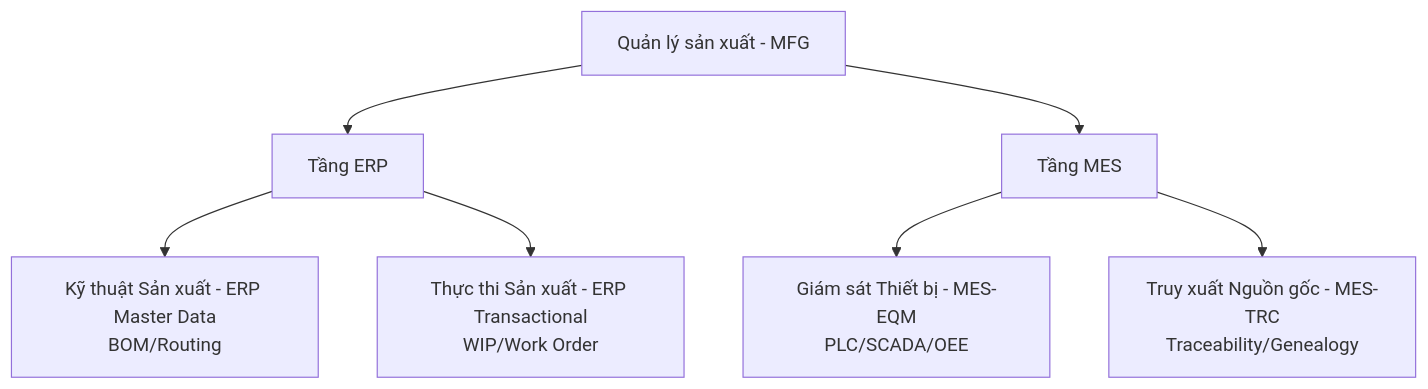
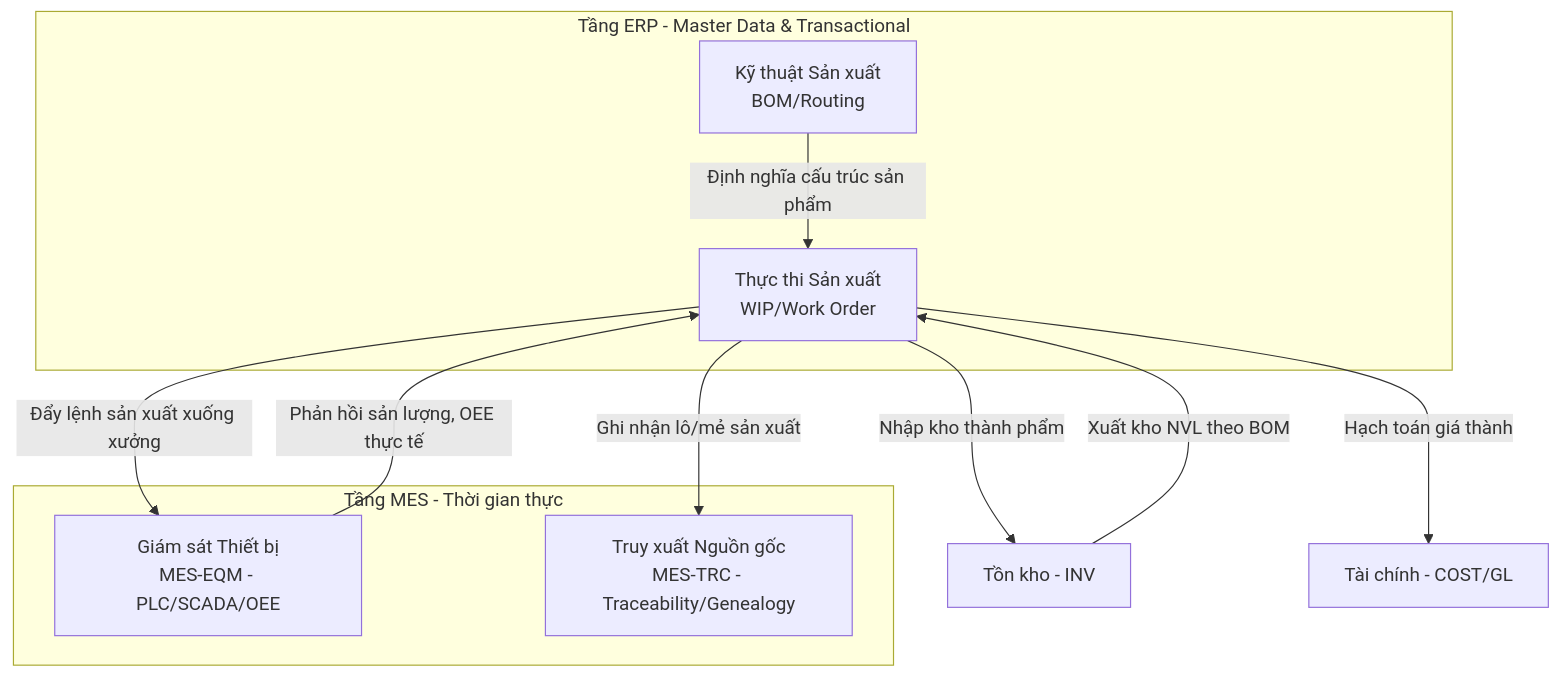
Before and after one commit to thanvanhai/thanvanhai.github.io: the diagram in docs/erp-nghiep-vu/2-quan-ly-san-xuat/index.mdx, drawn with Mermaid. The commit also changed other lines of this file and 19 other files, not shown here.

````diff
--- a/docs/erp-nghiep-vu/2-quan-ly-san-xuat/index.mdx
+++ b/docs/erp-nghiep-vu/2-quan-ly-san-xuat/index.mdx
@@ -17,13 +28,20 @@
 ```mermaid
 flowchart TB
-    A[Quản lý sản xuất - MFG]
+    subgraph ERPTIER[Tầng ERP - Master Data & Transactional]
+        B1[Kỹ thuật Sản xuất<br/>BOM/Routing]
+        B2[Thực thi Sản xuất<br/>WIP/Work Order]
+    end
 
-    A --> B[Tầng ERP]
-    A --> C[Tầng MES]
+    subgraph MESTIER[Tầng MES - Thời gian thực]
+        C1[Giám sát Thiết bị<br/>MES-EQM - PLC/SCADA/OEE]
+        C2[Truy xuất Nguồn gốc<br/>MES-TRC - Traceability/Genealogy]
+    end
 
-    B --> B1[Kỹ thuật Sản xuất - ERP Master Data<br/>BOM/Routing]
-    B --> B2[Thực thi Sản xuất - ERP Transactional<br/>WIP/Work Order]
-
-    C --> C1[Giám sát Thiết bị - MES-EQM<br/>PLC/SCADA/OEE]
-    C --> C2[Truy xuất Nguồn gốc - MES-TRC<br/>Traceability/Genealogy]
+    INV[Tồn kho - INV] -->|Xuất kho NVL theo BOM| B2
+    B1 -->|Định nghĩa cấu trúc sản phẩm| B2
+    B2 -->|Đẩy lệnh sản xuất xuống xưởng| C1
+    B2 -->|Ghi nhận lô/mẻ sản xuất| C2
+    C1 -->|Phản hồi sản lượng, OEE thực tế| B2
+    B2 -->|Nhập kho thành phẩm| INV
+    B2 -->|Hạch toán giá thành| COST[Tài chính - COST/GL]
 ```
````
